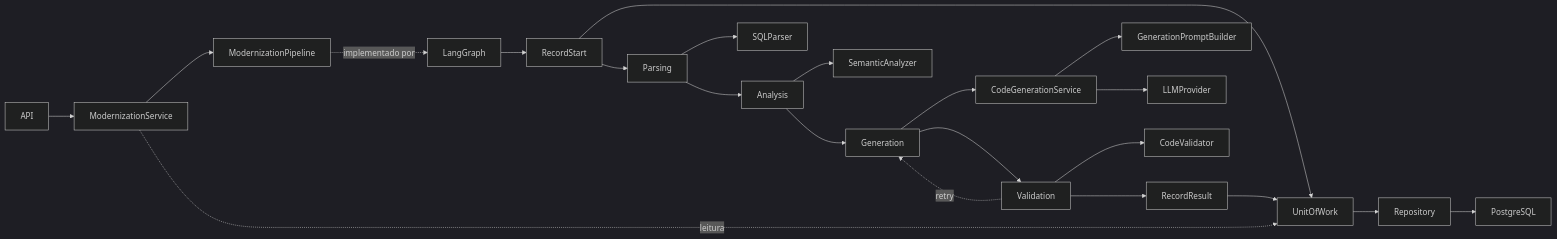
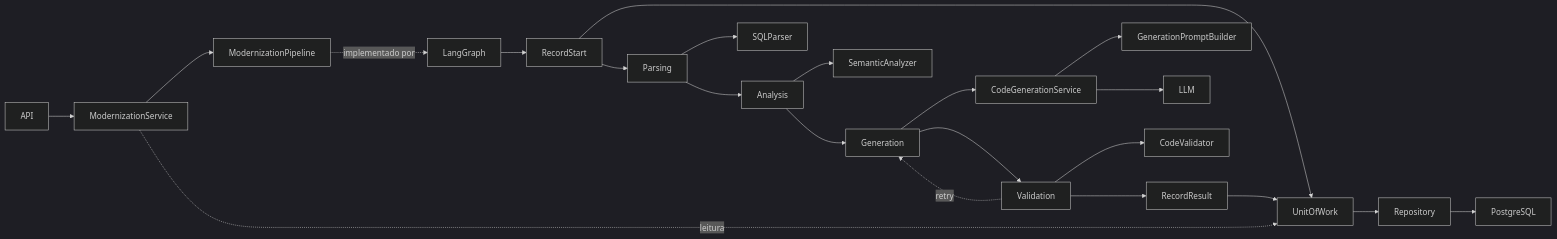
The first of 3 diagrams in README.md (pedro-nuness/desafio-tecnico-sql-python), drawn with Mermaid (dark theme) before and after one commit. The commit also changed other lines of this file and 28 other files, not shown here.

````diff
--- a/README.md
+++ b/README.md
@@ -142,26 +142,26 @@
 ```mermaid
 flowchart LR
     API --> ModernizationService
     ModernizationService --> ModernizationPipeline
     ModernizationPipeline -. implementado por .-> LangGraph
     LangGraph --> RecordStart
     RecordStart --> Parsing
     Parsing --> Analysis
     Analysis --> Generation
     Generation --> Validation
     Validation -. retry .-> Generation
     Validation --> RecordResult
 
     Parsing --> SQLParser
     Analysis --> SemanticAnalyzer
     Generation --> CodeGenerationService
     CodeGenerationService --> GenerationPromptBuilder
-    CodeGenerationService --> LLMProvider
+    CodeGenerationService --> LLM
     Validation --> CodeValidator
 
     RecordStart --> UnitOfWork
     RecordResult --> UnitOfWork
     ModernizationService -. leitura .-> UnitOfWork
     UnitOfWork --> Repository
     Repository --> PostgreSQL
 ```
````
